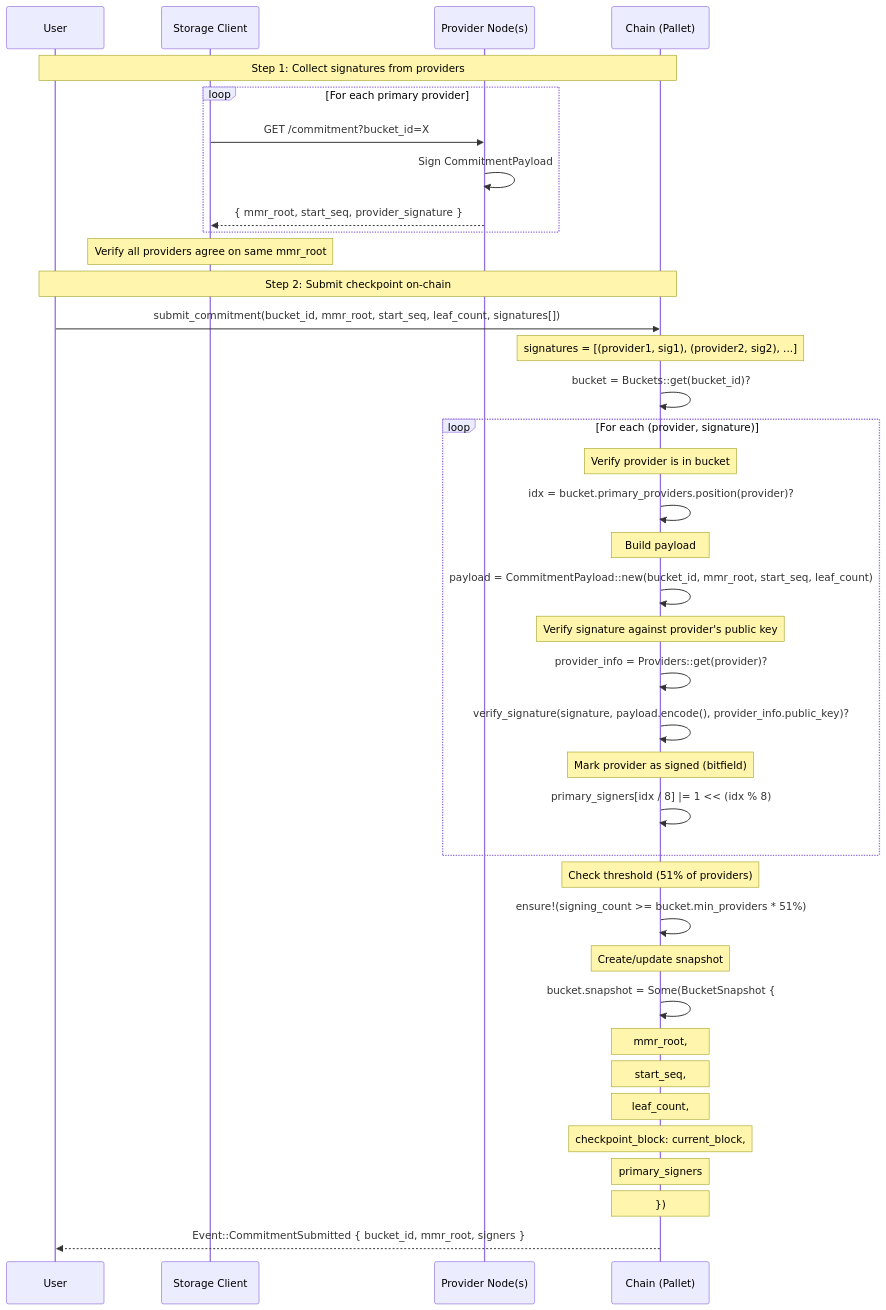
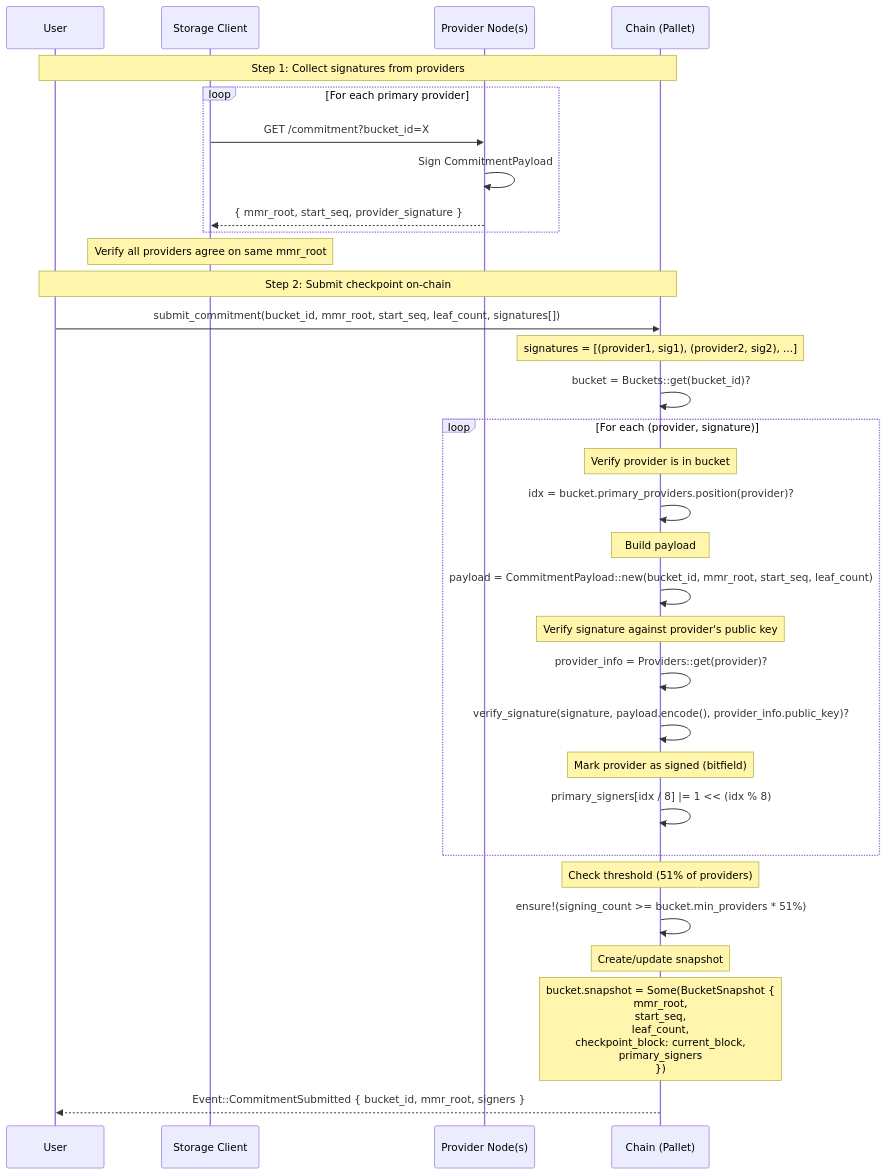
Before and after one commit to paritytech/web3-storage: the seventh of 13 diagrams in docs/design/EXECUTION_FLOWS.md, drawn with Mermaid. The commit also changed other lines of this file, not shown here.

First line of the commit message:
docs(EXECUTION_FLOWS): collapse multi-line sequence-diagram notes

````diff
--- a/docs/design/EXECUTION_FLOWS.md
+++ b/docs/design/EXECUTION_FLOWS.md
@@ -334,54 +304,48 @@
 ```mermaid
 sequenceDiagram
     participant U as User
     participant SC as Storage Client
     participant PN as Provider Node(s)
     participant C as Chain (Pallet)
 
     Note over U,C: Step 1: Collect signatures from providers
 
     loop For each primary provider
         SC->>PN: GET /commitment?bucket_id=X
         PN->>PN: Sign CommitmentPayload
         PN-->>SC: { mmr_root, start_seq, provider_signature }
     end
 
     Note over SC: Verify all providers agree on same mmr_root
 
     Note over U,C: Step 2: Submit checkpoint on-chain
 
     U->>C: submit_commitment(bucket_id, mmr_root, start_seq, leaf_count, signatures[])
 
     Note over C: signatures = [(provider1, sig1), (provider2, sig2), ...]
 
     C->>C: bucket = Buckets::get(bucket_id)?
 
     loop For each (provider, signature)
         Note over C: Verify provider is in bucket
         C->>C: idx = bucket.primary_providers.position(provider)?
 
         Note over C: Build payload
         C->>C: payload = CommitmentPayload::new(bucket_id, mmr_root, start_seq, leaf_count)
 
         Note over C: Verify signature against provider's public key
         C->>C: provider_info = Providers::get(provider)?
         C->>C: verify_signature(signature, payload.encode(), provider_info.public_key)?
 
         Note over C: Mark provider as signed (bitfield)
         C->>C: primary_signers[idx / 8] |= 1 << (idx % 8)
     end
 
     Note over C: Check threshold (51% of providers)
     C->>C: ensure!(signing_count >= bucket.min_providers * 51%)
 
     Note over C: Create/update snapshot
-    C->>C: bucket.snapshot = Some(BucketSnapshot {
-    Note over C:   mmr_root,
-    Note over C:   start_seq,
-    Note over C:   leaf_count,
-    Note over C:   checkpoint_block: current_block,
-    Note over C:   primary_signers
-    Note over C: })
+    Note over C: bucket.snapshot = Some(BucketSnapshot {<br/> mmr_root,<br/> start_seq,<br/> leaf_count,<br/> checkpoint_block: current_block,<br/> primary_signers<br/>})
 
     C-->>U: Event::CommitmentSubmitted { bucket_id, mmr_root, signers }
 ```
````
